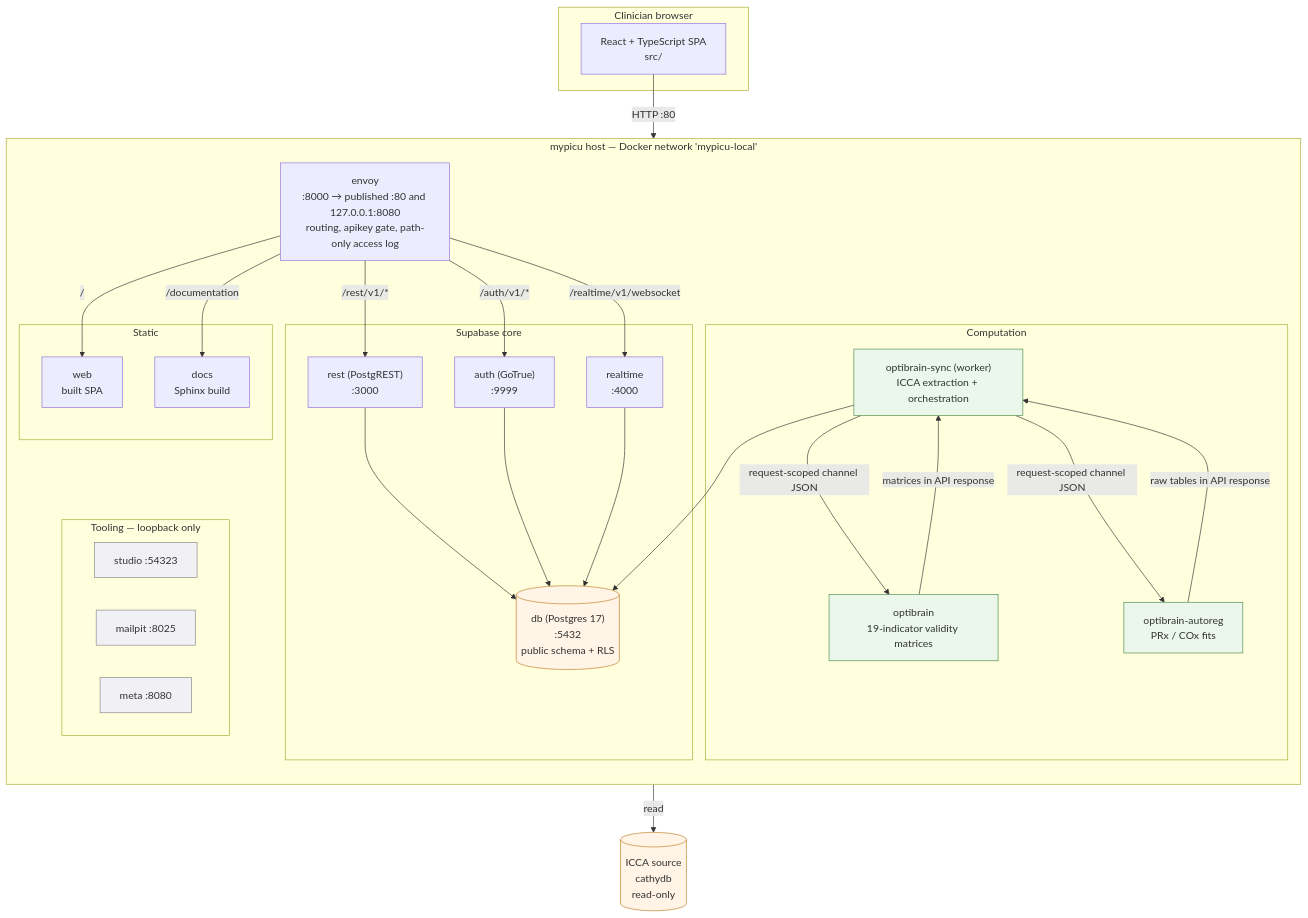
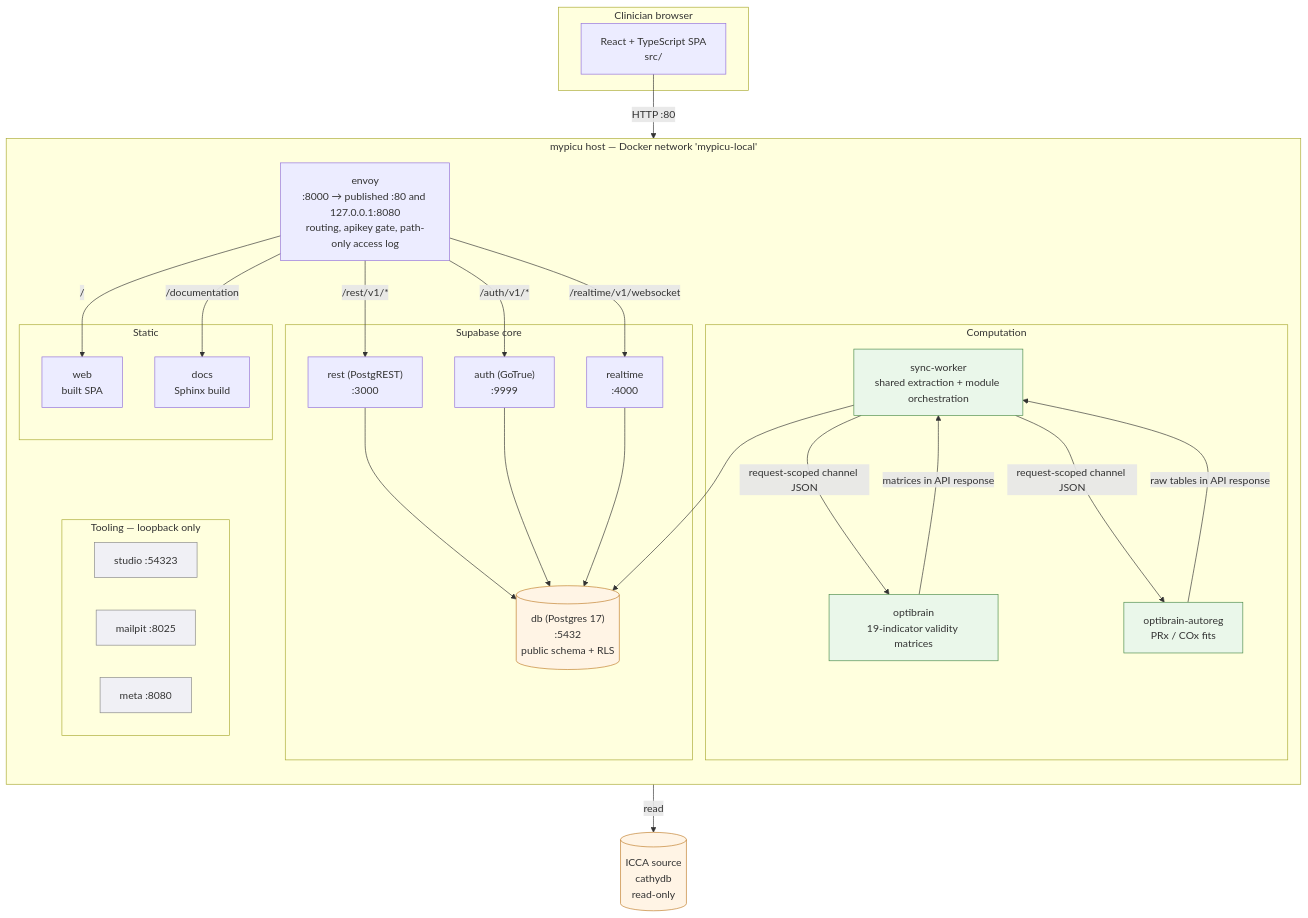
Before and after one commit to sadc-lab/MYPICU: the first of 5 diagrams in docs/architecture.md, drawn with Mermaid. The commit also changed other lines of this file and 25 other files, not shown here.

First line of the commit message:
refactor: generalize sync worker for module adapters

````diff
--- a/docs/architecture.md
+++ b/docs/architecture.md
@@ -31,61 +31,61 @@
 ```{mermaid}
 flowchart TB
     subgraph browser["Clinician browser"]
         UI["React + TypeScript SPA<br/>src/"]
     end
 
     subgraph host["mypicu host &mdash; Docker network 'mypicu-local'"]
         direction TB
         ENV["envoy<br/>:8000 &rarr; published :80 and 127.0.0.1:8080<br/>routing, apikey gate, path-only access log"]
 
         subgraph supabase["Supabase core"]
             AUTH["auth (GoTrue)<br/>:9999"]
             REST["rest (PostgREST)<br/>:3000"]
             RT["realtime<br/>:4000"]
             PG[("db (Postgres 17)<br/>:5432<br/>public schema + RLS")]
         end
 
         subgraph compute["Computation"]
-            SYNC["optibrain-sync (worker)<br/>ICCA extraction + orchestration"]
+            SYNC["sync-worker<br/>shared extraction + module orchestration"]
             OB["optibrain<br/>19-indicator validity matrices"]
             AR["optibrain-autoreg<br/>PRx / COx fits"]
         end
 
         subgraph static["Static"]
             WEB["web<br/>built SPA"]
             DOCS["docs<br/>Sphinx build"]
         end
 
         subgraph tooling["Tooling &mdash; loopback only"]
             STUDIO["studio :54323"]
             MAIL["mailpit :8025"]
             META["meta :8080"]
         end
     end
 
     ICCA[("ICCA source<br/>cathydb<br/>read-only")]
 
     UI -->|"HTTP :80"| ENV
     ENV -->|"/"| WEB
     ENV -->|"/documentation"| DOCS
     ENV -->|"/auth/v1/*"| AUTH
     ENV -->|"/rest/v1/*"| REST
     ENV -->|"/realtime/v1/websocket"| RT
     REST --> PG
     AUTH --> PG
     RT --> PG
     SYNC -->|"read"| ICCA
     SYNC --> PG
     SYNC -->|"request-scoped channel JSON"| OB
     SYNC -->|"request-scoped channel JSON"| AR
     OB -->|"matrices in API response"| SYNC
     AR -->|"raw tables in API response"| SYNC
 
     classDef src fill:#e8f0fe,stroke:#4a6fa5
     classDef store fill:#fff4e5,stroke:#c07d2b
     classDef compute fill:#eaf7ea,stroke:#4c8c4a
     classDef tool fill:#f0f0f5,stroke:#888
     class ICCA,PG store
     class OB,AR,SYNC compute
     class STUDIO,MAIL,META tool
 ```
````
